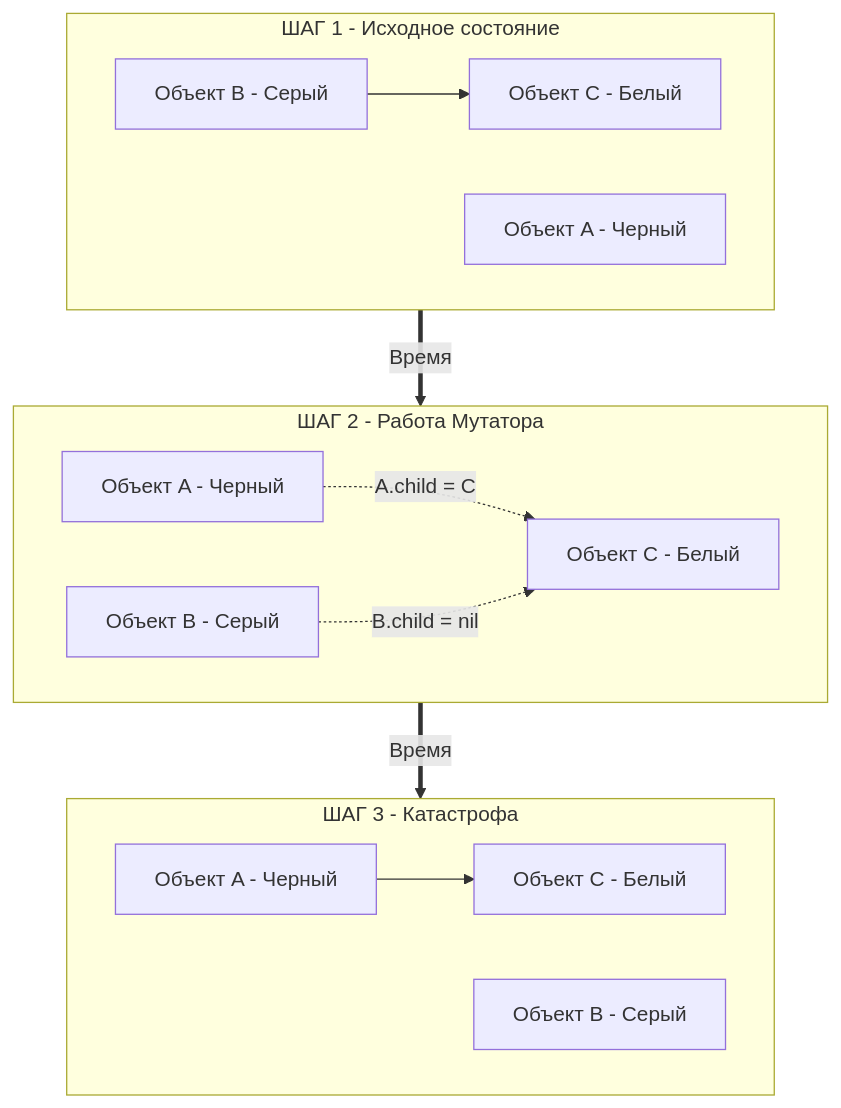
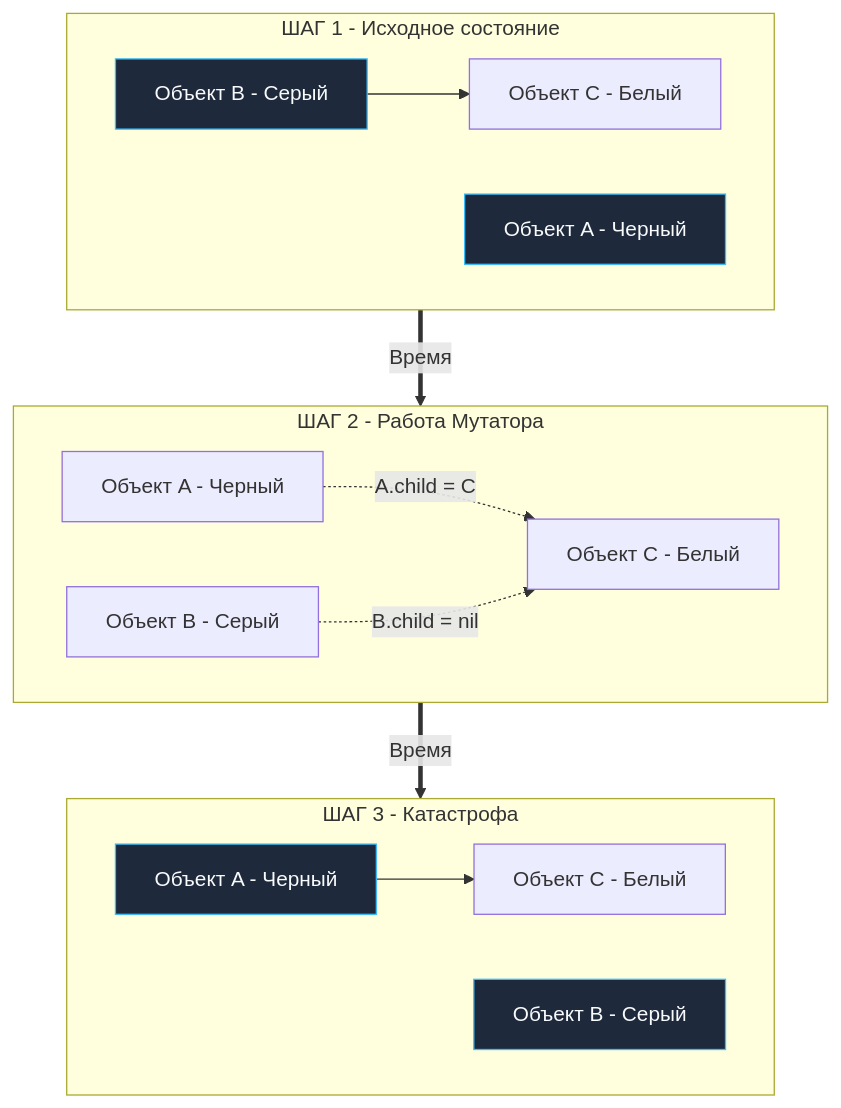
Before and after one commit to UnrealTemplier/go-textbook: the first of 2 diagrams in sources/7. Глубокий Go (Внутреннее устройство)/26. Concurrent GC и Stop The World.md, drawn with Mermaid. The commit also changed 1666 other files, not shown here.

First line of the commit message:
feat(mermaid): add semantic color classDef to 1369 colorless flowchart/graph diagrams

````diff
--- a/sources/7. Глубокий Go (Внутреннее устройство)/26. Concurrent GC и Stop The World.md
+++ b/sources/7. Глубокий Go (Внутреннее устройство)/26. Concurrent GC и Stop The World.md
@@ -26,19 +26,29 @@
 ```mermaid
 flowchart TD
+    classDef process  fill:#1e293b,stroke:#38bdf8,stroke-width:1px,color:#f8fafc
+    classDef success  fill:#064e3b,stroke:#34d399,stroke-width:1px,color:#f8fafc
+    classDef error    fill:#7f1d1d,stroke:#f87171,stroke-width:1px,color:#f8fafc
+    classDef warning  fill:#78350f,stroke:#fbbf24,stroke-width:1px,color:#f8fafc
+    classDef entry    fill:#1e3a5f,stroke:#38bdf8,stroke-width:2px,color:#f8fafc
+    classDef aux      fill:#334155,stroke:#64748b,stroke-width:1px,color:#f8fafc
+    classDef system   fill:#312e81,stroke:#a78bfa,stroke-width:1px,color:#f8fafc
+    classDef data     fill:#132d29,stroke:#2dd4bf,stroke-width:1px,color:#f8fafc
+    classDef network  fill:#881337,stroke:#fb7185,stroke-width:1px,color:#f8fafc
+    classDef accent   fill:#1e1b4b,stroke:#818cf8,stroke-width:1px,color:#f8fafc
     subgraph STEP1 ["ШАГ 1 - Исходное состояние"]
-        G1["Объект B - Серый"] --> W1["Объект C - Белый"]
-        B1["Объект A - Черный"]
+        G1["Объект B - Серый"]:::process --> W1["Объект C - Белый"]
+        B1["Объект A - Черный"]:::process
     end
     
     subgraph STEP2 ["ШАГ 2 - Работа Мутатора"]
         B2["Объект A - Черный"] -.->|"A.child = C"| W2["Объект C - Белый"]
         G2["Объект B - Серый"] -.->|"B.child = nil"| W2
     end
     
     subgraph STEP3 ["ШАГ 3 - Катастрофа"]
-        B3["Объект A - Черный"] --> W3["Объект C - Белый"]
-        G3["Объект B - Серый"]
+        B3["Объект A - Черный"]:::process --> W3["Объект C - Белый"]
+        G3["Объект B - Серый"]:::process
     end
 
     STEP1 ==>|"Время"| STEP2 ==>|"Время"| STEP3
 ```
````
